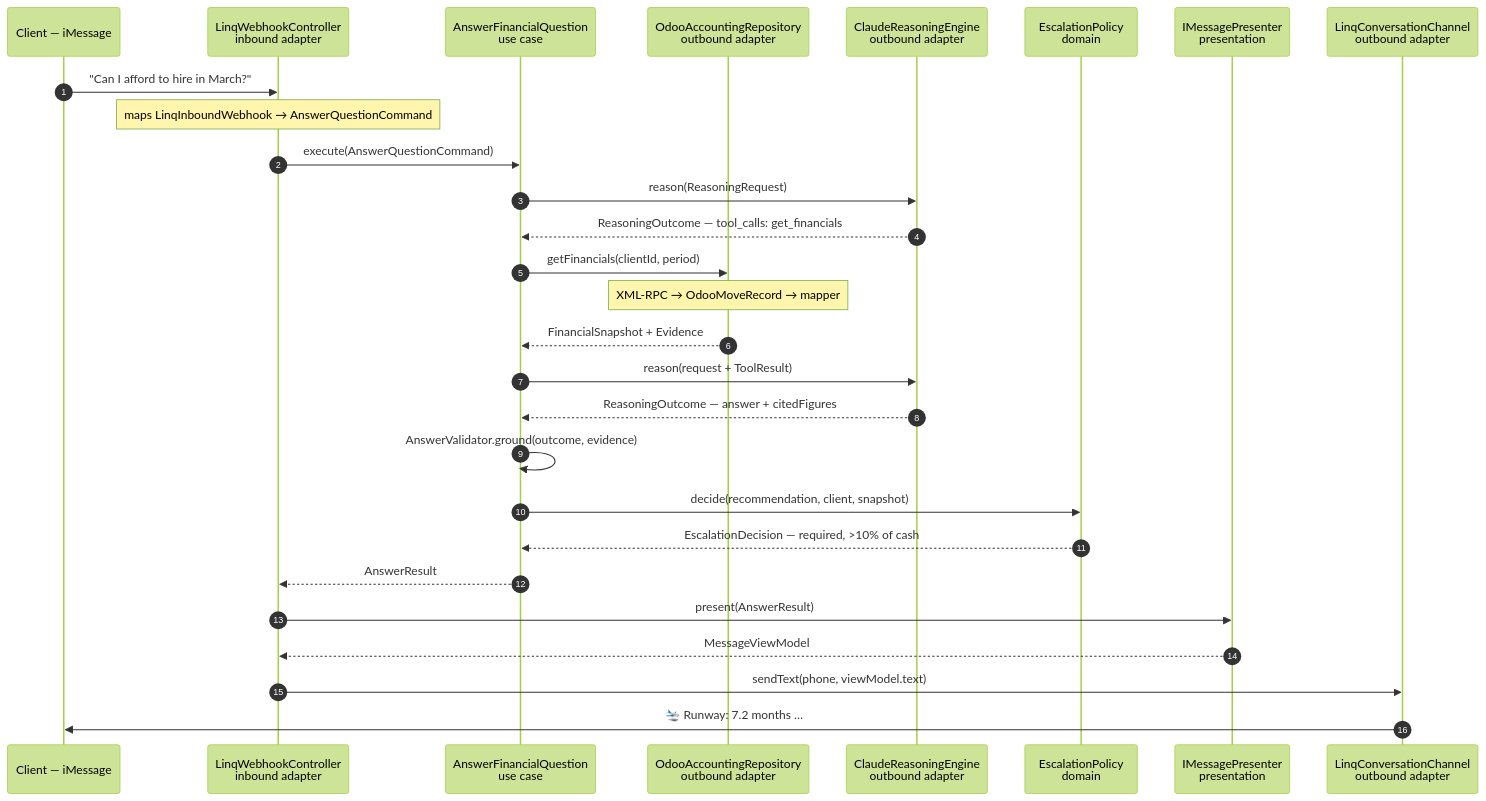
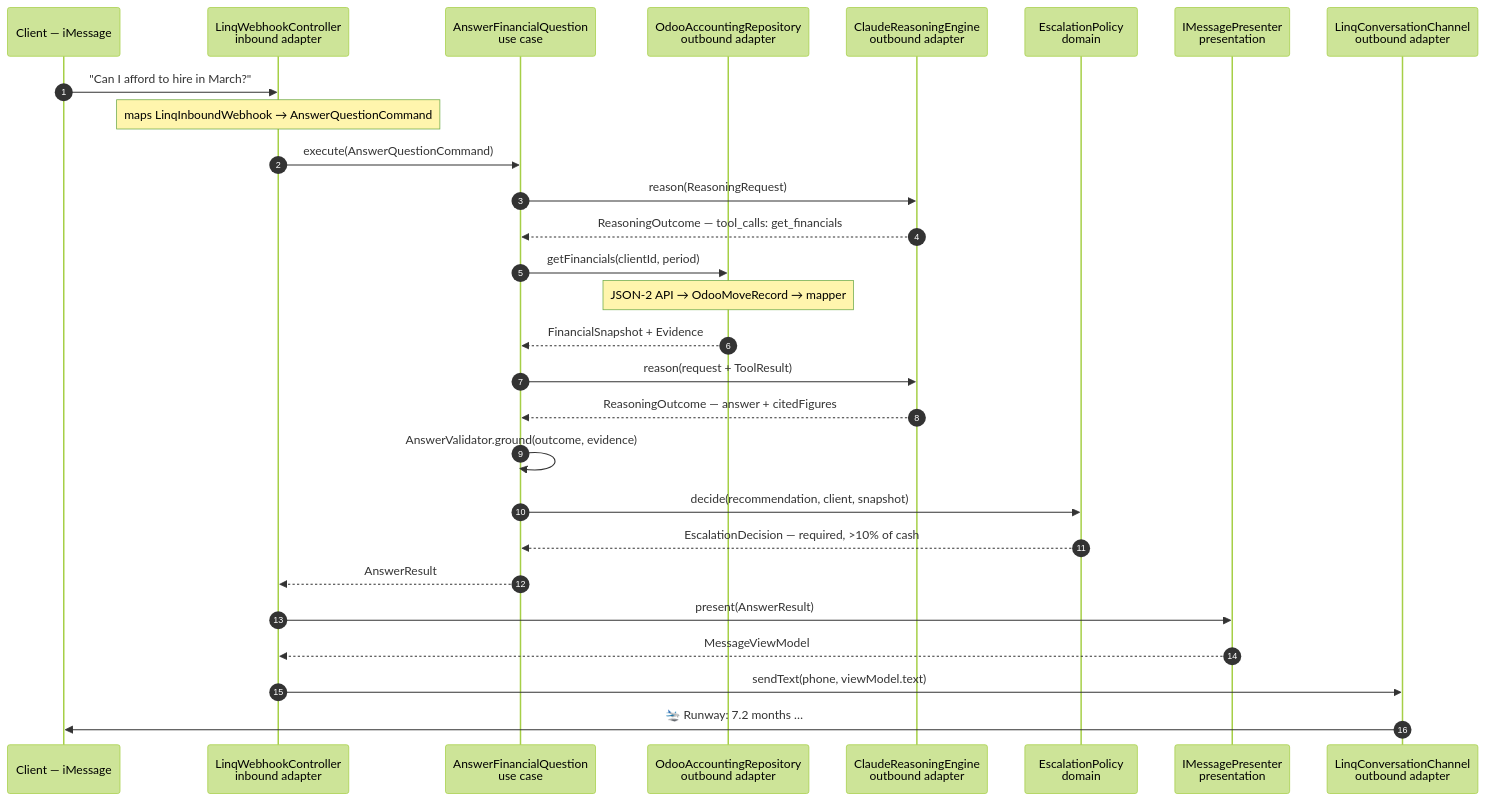
One commit to Patcast/terac_hackathon_patrcio changed the seventh of 8 diagrams in docs/architecture.md. Above: the diagram before and after it, drawn with Mermaid (forest theme). The commit also changed other lines of this file and 18 other files, not shown here.

````diff
--- a/docs/architecture.md
+++ b/docs/architecture.md
@@ -737,31 +737,31 @@
 ```mermaid
 sequenceDiagram
     autonumber
     participant C as Client — iMessage
     participant W as LinqWebhookController<br/>inbound adapter
     participant U as AnswerFinancialQuestion<br/>use case
     participant O as OdooAccountingRepository<br/>outbound adapter
     participant R as ClaudeReasoningEngine<br/>outbound adapter
     participant D as EscalationPolicy<br/>domain
     participant P as IMessagePresenter<br/>presentation
     participant L as LinqConversationChannel<br/>outbound adapter
 
     C->>W: "Can I afford to hire in March?"
     Note over W: maps LinqInboundWebhook → AnswerQuestionCommand
     W->>U: execute(AnswerQuestionCommand)
     U->>R: reason(ReasoningRequest)
     R-->>U: ReasoningOutcome — tool_calls: get_financials
     U->>O: getFinancials(clientId, period)
-    Note over O: XML-RPC → OdooMoveRecord → mapper
+    Note over O: JSON-2 API → OdooMoveRecord → mapper
     O-->>U: FinancialSnapshot + Evidence
     U->>R: reason(request + ToolResult)
     R-->>U: ReasoningOutcome — answer + citedFigures
     U->>U: AnswerValidator.ground(outcome, evidence)
     U->>D: decide(recommendation, client, snapshot)
     D-->>U: EscalationDecision — required, >10% of cash
     U-->>W: AnswerResult
     W->>P: present(AnswerResult)
     P-->>W: MessageViewModel
     W->>L: sendText(phone, viewModel.text)
     L->>C: 🛬 Runway: 7.2 months …
 ```
````
